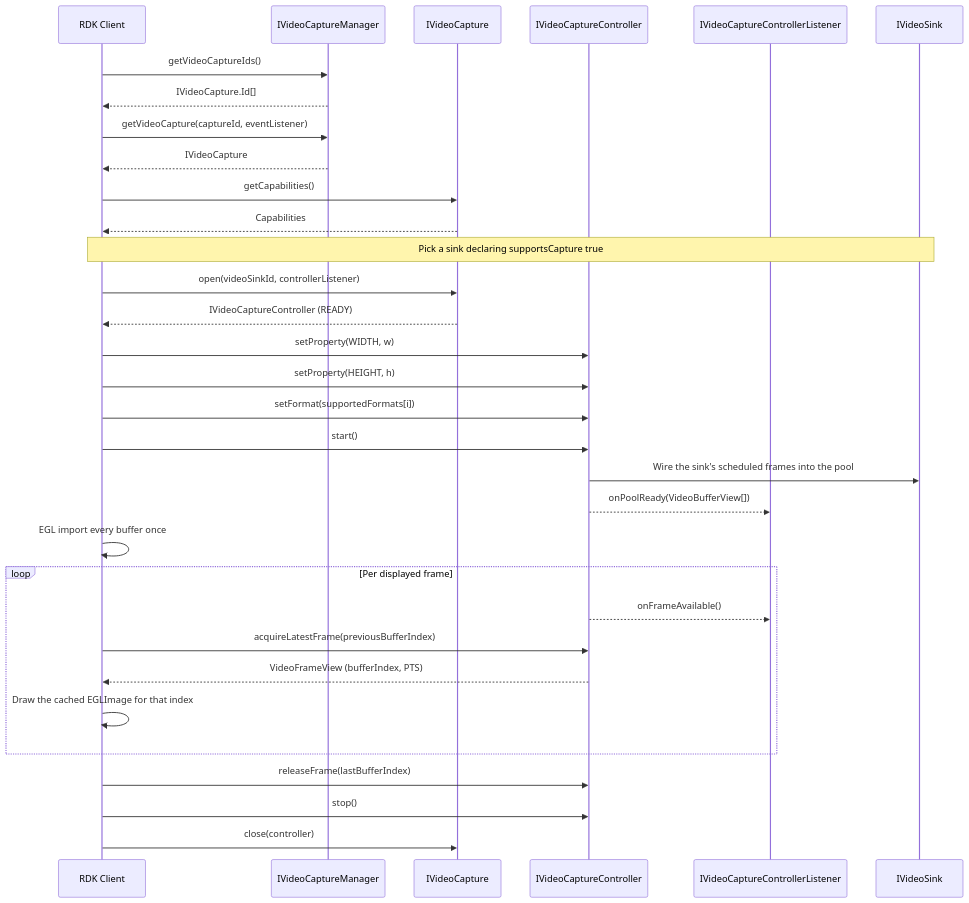
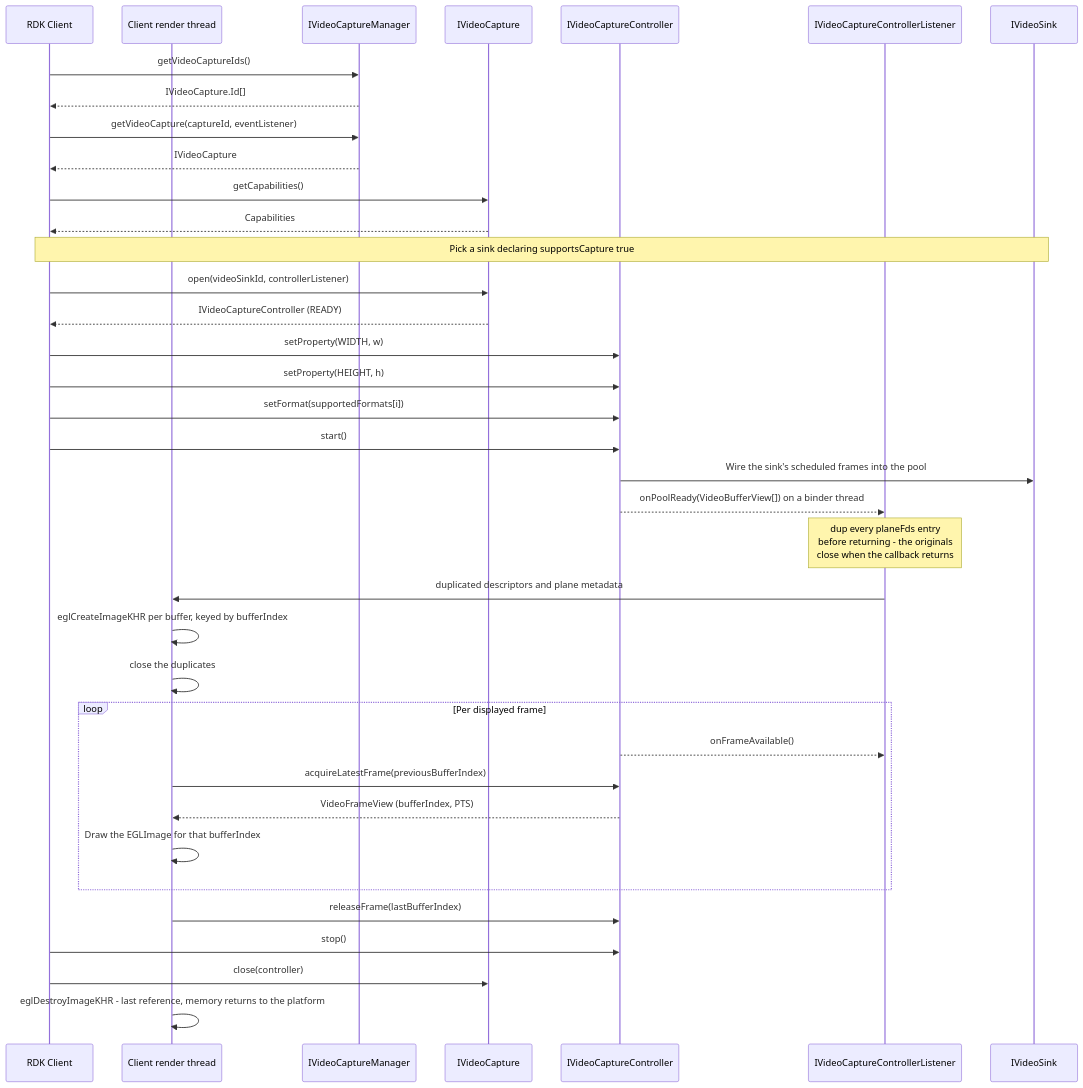
The fourth of 6 diagrams in videocapture/current/docs/videocapture_interface.md (rdkcentral/rdk-halif-aidl), drawn with Mermaid before and after one commit. The commit also changed other lines of this file and 5 other files, not shown here.

````diff
--- a/videocapture/current/docs/videocapture_interface.md
+++ b/videocapture/current/docs/videocapture_interface.md
@@ -295,44 +307,49 @@
 ```mermaid
 sequenceDiagram
     participant Client as RDK Client
+    participant Render as Client render thread
     participant Manager as IVideoCaptureManager
     participant Capture as IVideoCapture
     participant Controller as IVideoCaptureController
     participant Listener as IVideoCaptureControllerListener
     participant Sink as IVideoSink
 
     Client->>Manager: getVideoCaptureIds()
     Manager-->>Client: IVideoCapture.Id[]
 
     Client->>Manager: getVideoCapture(captureId, eventListener)
     Manager-->>Client: IVideoCapture
 
     Client->>Capture: getCapabilities()
     Capture-->>Client: Capabilities
 
     Note over Client,Sink: Pick a sink declaring supportsCapture true
 
     Client->>Capture: open(videoSinkId, controllerListener)
     Capture-->>Client: IVideoCaptureController (READY)
 
     Client->>Controller: setProperty(WIDTH, w)
     Client->>Controller: setProperty(HEIGHT, h)
     Client->>Controller: setFormat(supportedFormats[i])
     Client->>Controller: start()
     Controller->>Sink: Wire the sink's scheduled frames into the pool
 
-    Controller-->>Listener: onPoolReady(VideoBufferView[])
-    Client->>Client: EGL import every buffer once
+    Controller-->>Listener: onPoolReady(VideoBufferView[]) on a binder thread
+    Note over Listener: dup every planeFds entry<br/>before returning - the originals<br/>close when the callback returns
+    Listener->>Render: duplicated descriptors and plane metadata
+    Render->>Render: eglCreateImageKHR per buffer, keyed by bufferIndex
+    Render->>Render: close the duplicates
 
     loop Per displayed frame
         Controller-->>Listener: onFrameAvailable()
-        Client->>Controller: acquireLatestFrame(previousBufferIndex)
-        Controller-->>Client: VideoFrameView (bufferIndex, PTS)
-        Client->>Client: Draw the cached EGLImage for that index
+        Render->>Controller: acquireLatestFrame(previousBufferIndex)
+        Controller-->>Render: VideoFrameView (bufferIndex, PTS)
+        Render->>Render: Draw the EGLImage for that bufferIndex
     end
 
-    Client->>Controller: releaseFrame(lastBufferIndex)
+    Render->>Controller: releaseFrame(lastBufferIndex)
 
     Client->>Controller: stop()
     Client->>Capture: close(controller)
+    Render->>Render: eglDestroyImageKHR - last reference, memory returns to the platform
 ```
````
